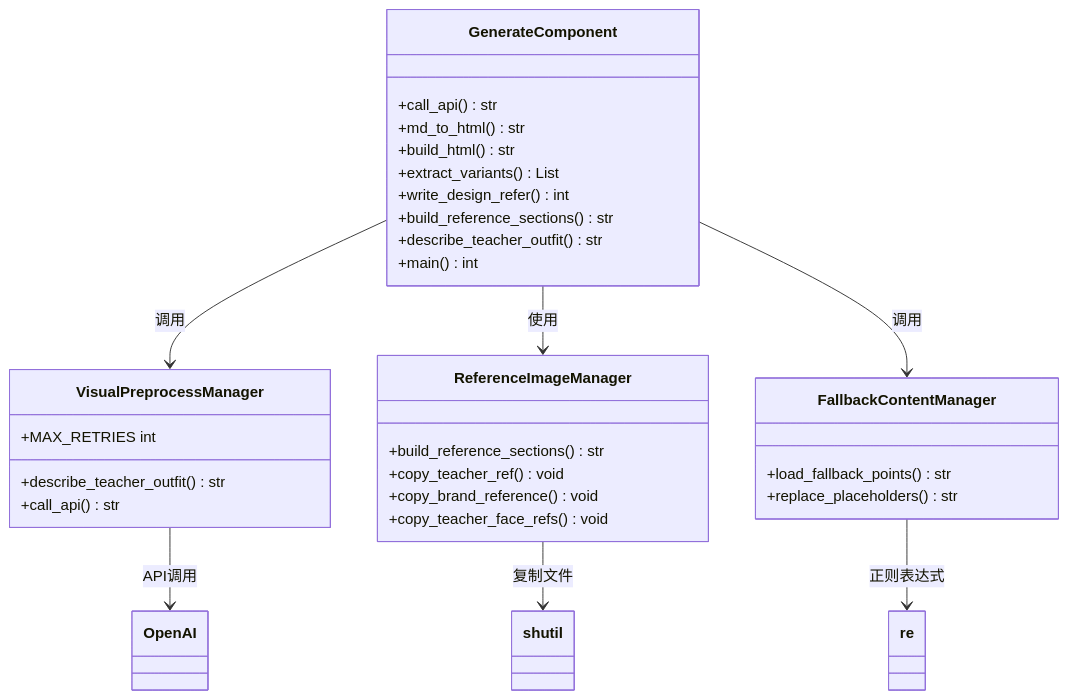
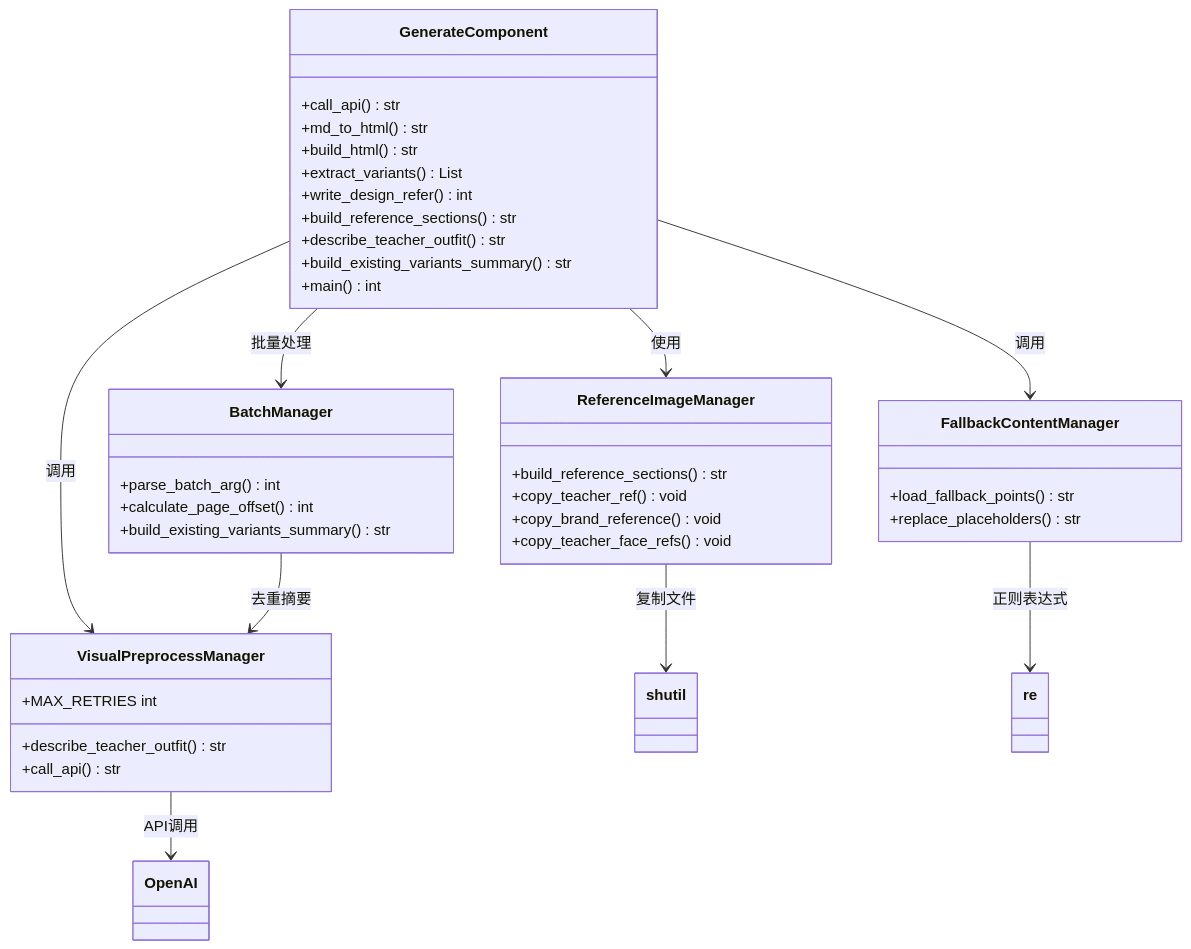
Before and after one commit to WongMingJiu/landingpage-test-hero-page: the fourth of 18 diagrams in .qoder/repowiki/zh/content/配置和定制/配置和定制.md, drawn with Mermaid. The commit also changed other lines of this file and 42 other files, not shown here.

````diff
--- a/.qoder/repowiki/zh/content/配置和定制/配置和定制.md
+++ b/.qoder/repowiki/zh/content/配置和定制/配置和定制.md
@@ -214,34 +214,42 @@
 ```mermaid
 classDiagram
 class GenerateComponent {
 +call_api() str
 +md_to_html() str
 +build_html() str
 +extract_variants() List
 +write_design_refer() int
 +build_reference_sections() str
 +describe_teacher_outfit() str
++build_existing_variants_summary() str
 +main() int
+}
+class BatchManager {
++parse_batch_arg() int
++calculate_page_offset() int
++build_existing_variants_summary() str
 }
 class VisualPreprocessManager {
 +describe_teacher_outfit() str
 +call_api() str
 +MAX_RETRIES int
 }
 class ReferenceImageManager {
 +build_reference_sections() str
 +copy_teacher_ref() void
 +copy_brand_reference() void
 +copy_teacher_face_refs() void
 }
 class FallbackContentManager {
 +load_fallback_points() str
 +replace_placeholders() str
 }
+GenerateComponent --> BatchManager : 批量处理
 GenerateComponent --> VisualPreprocessManager : 调用
 GenerateComponent --> ReferenceImageManager : 使用
 GenerateComponent --> FallbackContentManager : 调用
+BatchManager --> VisualPreprocessManager : 去重摘要
 VisualPreprocessManager --> OpenAI : API调用
 ReferenceImageManager --> shutil : 复制文件
 FallbackContentManager --> re : 正则表达式
 ```
````
